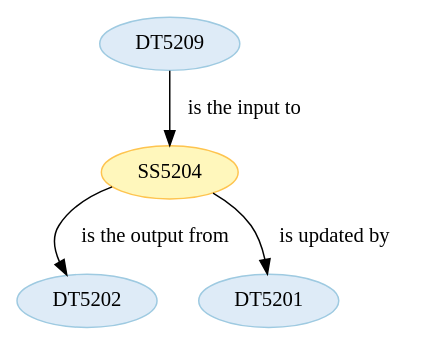
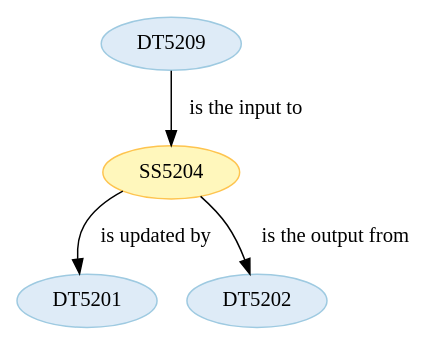
Before and after one commit to Marco-Salvi/cwl-test: the diagram in wf5201/ST520104.dot, drawn with Graphviz. The commit also changed other lines of this file and 19 other files, not shown here.

```diff
--- a/wf5201/ST520104.dot
+++ b/wf5201/ST520104.dot
@@ -1,18 +1,18 @@
 strict digraph {
 
 
 	"SS5204" [ color="2", colorscheme="ylorbr3", fillcolor="1", style="filled",  weight=0 ];
 
+	"SS5204" -> "DT5201" [ label="is updated by", labeltooltip="DT5201 - is updated by - SS5204",  weight=0 ];
+
 	"SS5204" -> "DT5202" [ label="is the output from", labeltooltip="DT5202 - is the output from - SS5204",  weight=0 ];
-
-	"SS5204" -> "DT5201" [ label="is updated by", labeltooltip="DT5201 - is updated by - SS5204",  weight=0 ];
 
 	"DT5201" [ color="2", colorscheme="blues3", fillcolor="1", style="filled",  weight=0 ];
 
 	"DT5202" [ color="2", colorscheme="blues3", fillcolor="1", style="filled",  weight=0 ];
 
 	"DT5209" [ color="2", colorscheme="blues3", fillcolor="1", style="filled",  weight=0 ];
 
 	"DT5209" -> "SS5204" [ label="is the input to", labeltooltip="DT5209 - is the input to - SS5204",  weight=0 ];
 
 }
```
